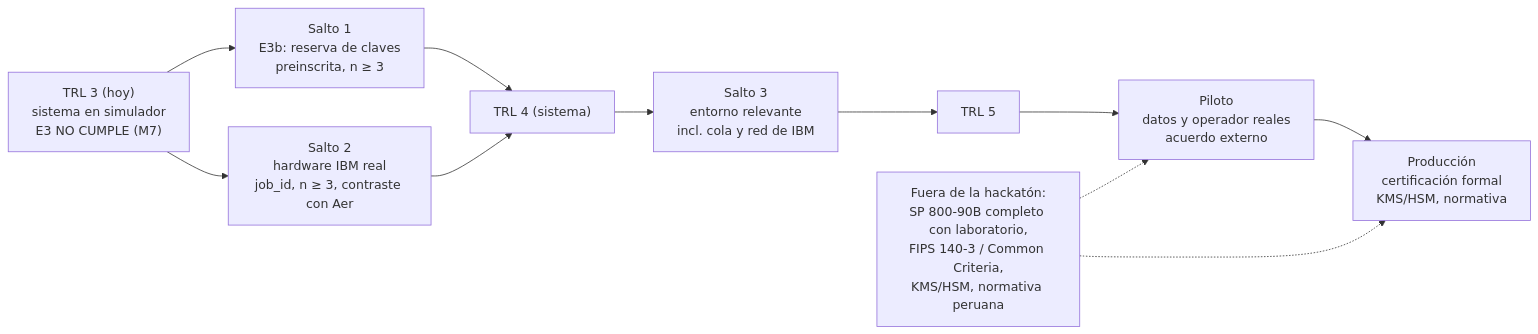
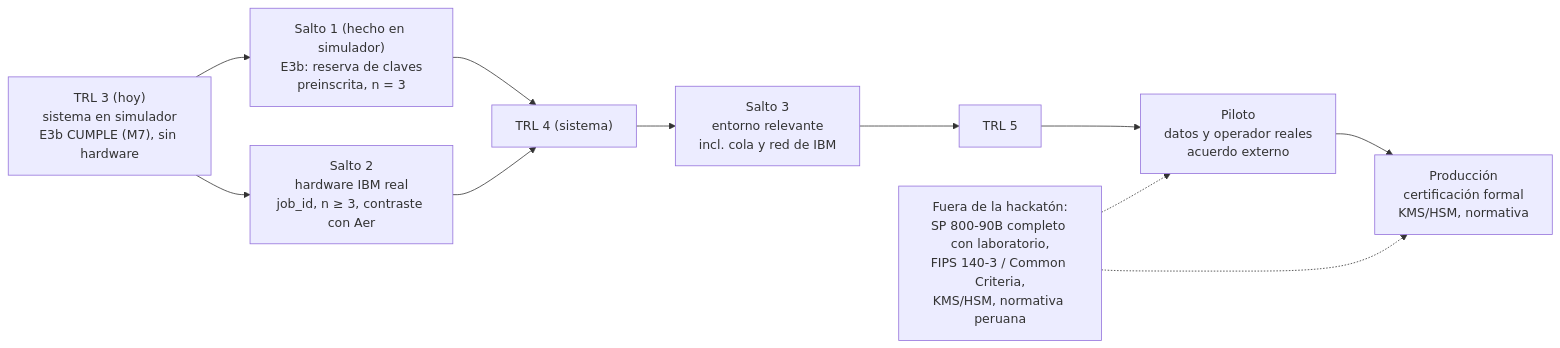
The diagram in docs/ROADMAP.md (jramirezgen/qrecauda), drawn with Mermaid before and after one commit. The commit also changed other lines of this file and 1 other file, not shown here.

Commit message:
TRL y hoja de ruta: E3b sube la latencia con reserva a TRL 4 como componente y E5 mide R.00-1 en cadena completa; el sistema sigue en TRL 3

````diff
--- a/docs/ROADMAP.md
+++ b/docs/ROADMAP.md
@@ -21,19 +34,19 @@
 ```mermaid
 flowchart LR
-    A["TRL 3 (hoy)<br/>sistema en simulador<br/>E3 NO CUMPLE (M7)"]
-    B["Salto 1<br/>E3b: reserva de claves<br/>preinscrita, n ≥ 3"]
+    A["TRL 3 (hoy)<br/>sistema en simulador<br/>E3b CUMPLE (M7), sin hardware"]
+    B["Salto 1 (hecho en simulador)<br/>E3b: reserva de claves<br/>preinscrita, n = 3"]
     C["Salto 2<br/>hardware IBM real<br/>job_id, n ≥ 3, contraste con Aer"]
     D["TRL 4 (sistema)"]
     E["Salto 3<br/>entorno relevante<br/>incl. cola y red de IBM"]
     F["TRL 5"]
     G["Piloto<br/>datos y operador reales<br/>acuerdo externo"]
     H["Producción<br/>certificación formal<br/>KMS/HSM, normativa"]
 
     A --> B --> D
     A --> C --> D
     D --> E --> F --> G --> H
 
     X["Fuera de la hackatón:<br/>SP 800-90B completo con laboratorio,<br/>FIPS 140-3 / Common Criteria,<br/>KMS/HSM, normativa peruana"]
     X -.-> G
     X -.-> H
 ```
````
